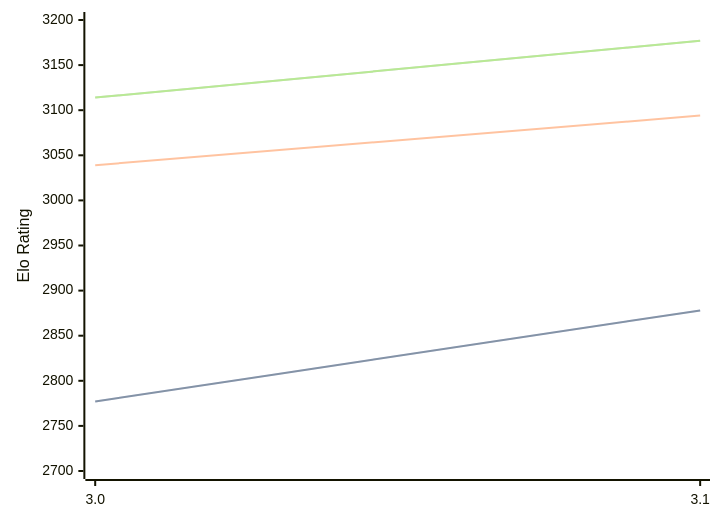
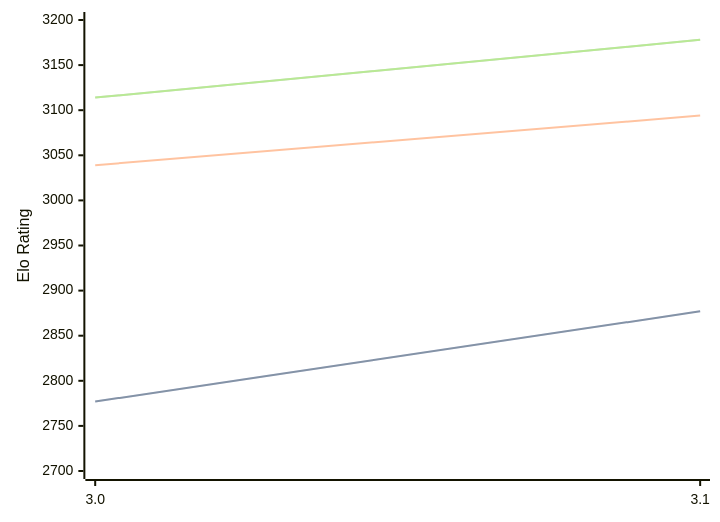
One commit to computer-chess-index/cci changed the diagram in engines/Vajolet2.md. Above: the diagram before and after it, drawn with Mermaid. The commit also changed other lines of this file, not shown here.

Commit message:
Update CCI Ratings (ELO VLTC) - 2026-05-05

````diff
--- a/engines/Vajolet2.md
+++ b/engines/Vajolet2.md
@@ -40,11 +40,11 @@
 ```mermaid
 %%{init: {"theme":"base","themeVariables":{"seriesColors:['#a3a3a3','#222221','#faa371']}}}%%
 xychart-beta
   x-axis ["3.0", "3.1"]
   y-axis "Elo Rating" 2700 --> 3200
-  line "STC (8.0+0.08s)" [2777, 2878]
-  line "STC (8.0+0.08s)" [2777, 2878]
+  line "STC (8.0+0.08s)" [2777, 2877]
+  line "STC (8.0+0.08s)" [2777, 2877]
   line "LTC (60.0+0.60s)" [3039, 3094]
-  line "VLTC (2m24s+1.12s)" [3114, 3177]
-  line "VLTC (2m24s+1.12s)" [3114, 3177]
+  line "VLTC (2m24s+1.12s)" [3114, 3178]
+  line "VLTC (2m24s+1.12s)" [3114, 3178]
 ```
````
